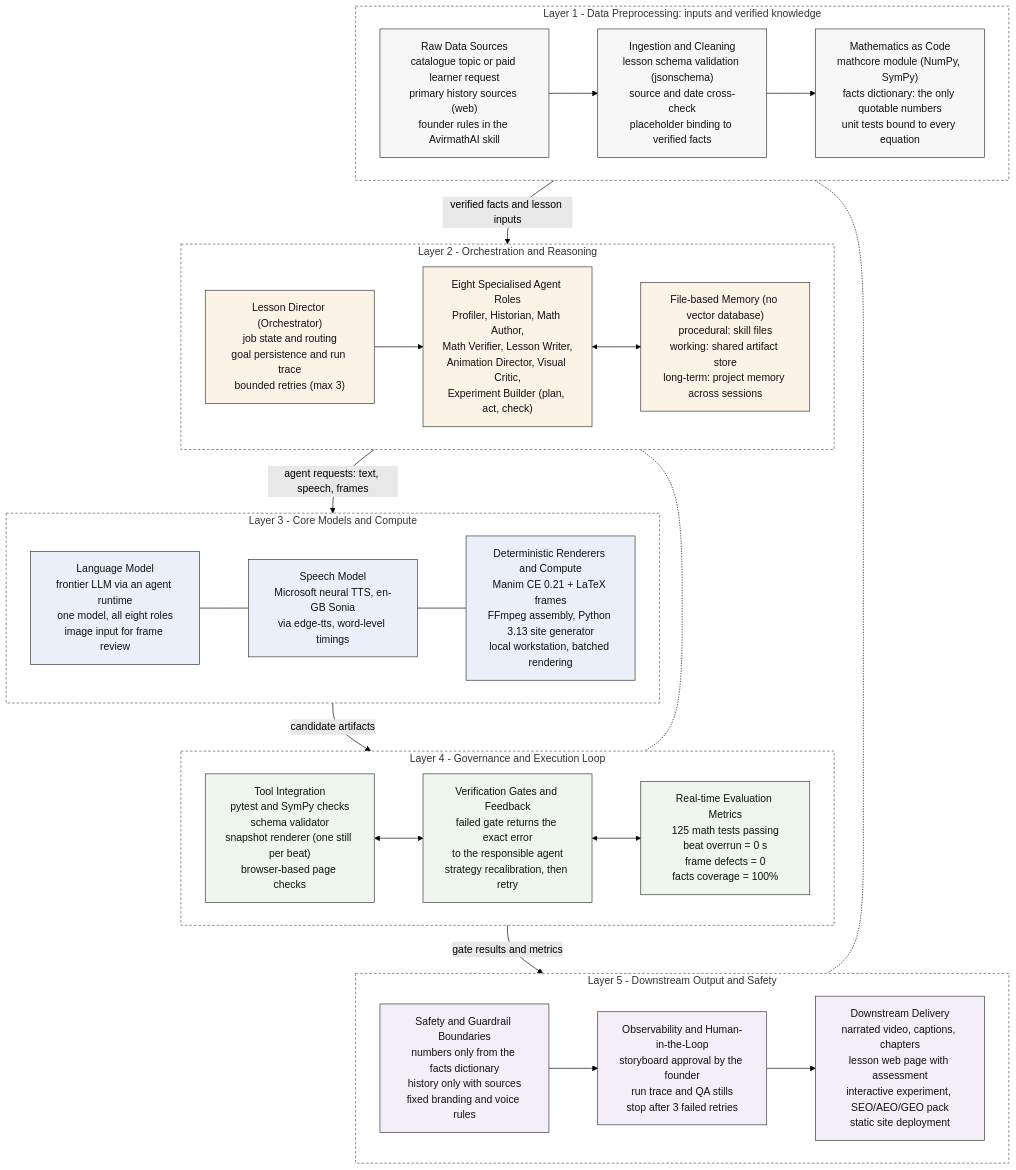
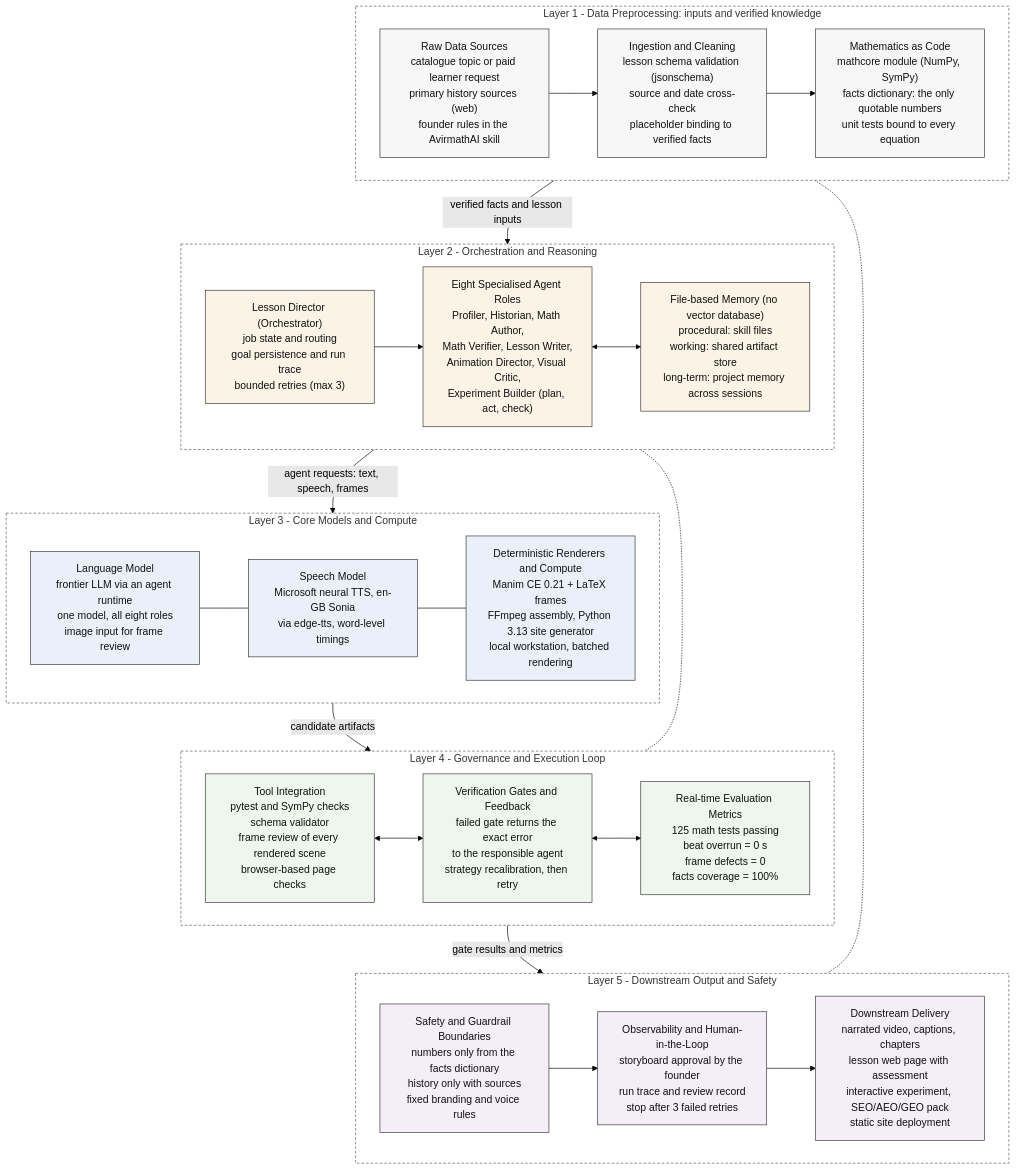
The diagram in docs/figures/architecture_ieee.mmd (gangadeviai/avirmath-ai-showcase), drawn with Mermaid (forest theme) before and after one commit. The commit also changed 7 other files, not shown here.

Commit message:
Showcase figures: neutral wording for figure 1 and the five-layer diagram

```diff
--- a/docs/figures/architecture_ieee.mmd
+++ b/docs/figures/architecture_ieee.mmd
@@ -1,74 +1,74 @@
 %% AVIRMATH AI - five-layer workflow architecture (IEEE Transactions style, print-safe palette)
 %% Layers are connected as whole blocks so that each layer keeps its left-to-right order.
 flowchart TD
 
     subgraph L1["Layer 1 - Data Preprocessing: inputs and verified knowledge"]
         direction LR
         S1["Raw Data Sources<br/>catalogue topic or paid learner request<br/>primary history sources (web)<br/>founder rules in the AvirmathAI skill"]
         S2["Ingestion and Cleaning<br/>lesson schema validation (jsonschema)<br/>source and date cross-check<br/>placeholder binding to verified facts"]
         S3["Mathematics as Code<br/>mathcore module (NumPy, SymPy)<br/>facts dictionary: the only quotable numbers<br/>unit tests bound to every equation"]
         S1 --> S2 --> S3
     end
 
     subgraph L2["Layer 2 - Orchestration and Reasoning"]
         direction LR
         O1["Lesson Director (Orchestrator)<br/>job state and routing<br/>goal persistence and run trace<br/>bounded retries (max 3)"]
         O2["Eight Specialised Agent Roles<br/>Profiler, Historian, Math Author,<br/>Math Verifier, Lesson Writer,<br/>Animation Director, Visual Critic,<br/>Experiment Builder (plan, act, check)"]
         O3["File-based Memory (no vector database)<br/>procedural: skill files<br/>working: shared artifact store<br/>long-term: project memory across sessions"]
         O1 --> O2
         O2 <--> O3
     end
 
     subgraph L3["Layer 3 - Core Models and Compute"]
         direction LR
         M1["Language Model<br/>frontier LLM via an agent runtime<br/>one model, all eight roles<br/>image input for frame review"]
         M2["Speech Model<br/>Microsoft neural TTS, en-GB Sonia<br/>via edge-tts, word-level timings"]
         M3["Deterministic Renderers and Compute<br/>Manim CE 0.21 + LaTeX frames<br/>FFmpeg assembly, Python 3.13 site generator<br/>local workstation, batched rendering"]
         M1 --- M2 --- M3
     end
 
     subgraph L4["Layer 4 - Governance and Execution Loop"]
         direction LR
-        G1["Tool Integration<br/>pytest and SymPy checks<br/>schema validator<br/>snapshot renderer (one still per beat)<br/>browser-based page checks"]
+        G1["Tool Integration<br/>pytest and SymPy checks<br/>schema validator<br/>frame review of every rendered scene<br/>browser-based page checks"]
         G2["Verification Gates and Feedback<br/>failed gate returns the exact error<br/>to the responsible agent<br/>strategy recalibration, then retry"]
         G3["Real-time Evaluation Metrics<br/>125 math tests passing<br/>beat overrun = 0 s<br/>frame defects = 0<br/>facts coverage = 100%"]
         G1 <--> G2
         G2 <--> G3
     end
 
     subgraph L5["Layer 5 - Downstream Output and Safety"]
         direction LR
         D1["Safety and Guardrail Boundaries<br/>numbers only from the facts dictionary<br/>history only with sources<br/>fixed branding and voice rules"]
-        D2["Observability and Human-in-the-Loop<br/>storyboard approval by the founder<br/>run trace and QA stills<br/>stop after 3 failed retries"]
+        D2["Observability and Human-in-the-Loop<br/>storyboard approval by the founder<br/>run trace and review record<br/>stop after 3 failed retries"]
         D3["Downstream Delivery<br/>narrated video, captions, chapters<br/>lesson web page with assessment<br/>interactive experiment, SEO/AEO/GEO pack<br/>static site deployment"]
         D1 --> D2 --> D3
     end
 
     %% Inter-layer flow (block to block, so each layer keeps its row layout)
     L1 -->|"verified facts and lesson inputs"| L2
     L2 -->|"agent requests: text, speech, frames"| L3
     L3 -->|"candidate artifacts"| L4
     L4 -->|"gate results and metrics"| L5
     %% Feedback loops (dotted). Written as start-arrows so the layers keep their 1-to-5 order:
     %% a failed gate returns the error to the agents; learner feedback and on-demand requests return to the inputs.
     L2 <-.- L4
     L1 <-.- L5
 
     %% Styling: soft desaturated fills, thin dark borders, print-safe
     classDef data fill:#F7F7F7,stroke:#333333,stroke-width:1px,color:#111111
     classDef orch fill:#FBF3E6,stroke:#333333,stroke-width:1px,color:#111111
     classDef model fill:#EAF0FA,stroke:#333333,stroke-width:1px,color:#111111
     classDef gov fill:#EEF6EE,stroke:#333333,stroke-width:1px,color:#111111
     classDef out fill:#F3EEF8,stroke:#333333,stroke-width:1px,color:#111111
 
     class S1,S2,S3 data
     class O1,O2,O3 orch
     class M1,M2,M3 model
     class G1,G2,G3 gov
     class D1,D2,D3 out
 
     style L1 fill:#FFFFFF,stroke:#555555,stroke-width:1px,stroke-dasharray:4 3
     style L2 fill:#FFFFFF,stroke:#555555,stroke-width:1px,stroke-dasharray:4 3
     style L3 fill:#FFFFFF,stroke:#555555,stroke-width:1px,stroke-dasharray:4 3
     style L4 fill:#FFFFFF,stroke:#555555,stroke-width:1px,stroke-dasharray:4 3
     style L5 fill:#FFFFFF,stroke:#555555,stroke-width:1px,stroke-dasharray:4 3
```
